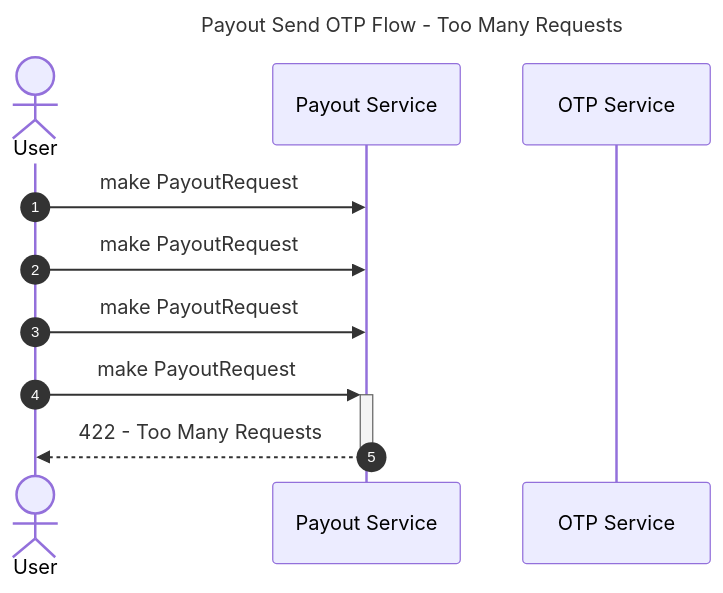
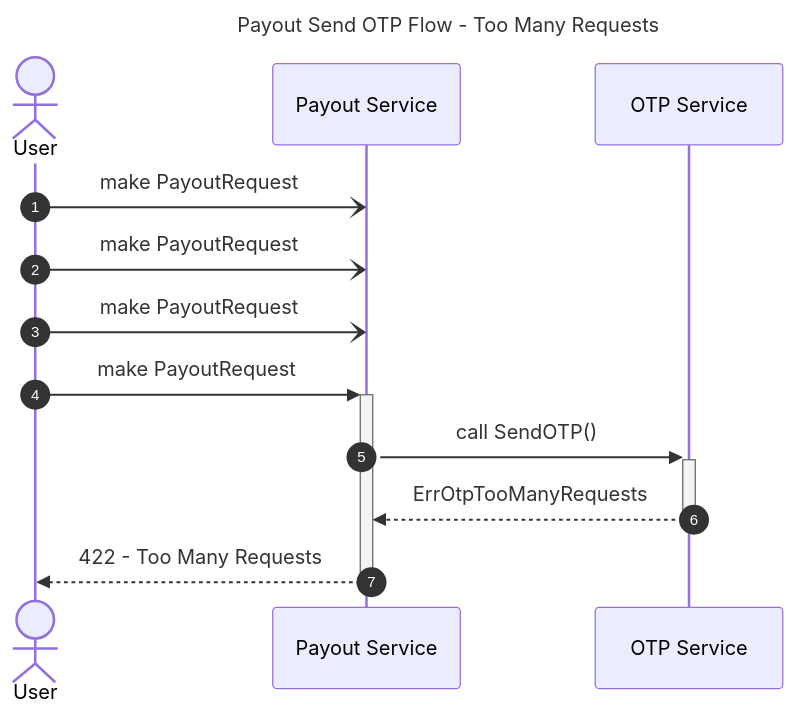
Before and after one commit to alextanhongpin/go-service-oriented-package: the third of 5 diagrams in app/otpsvc/README.md, drawn with Mermaid. The commit also changed other lines of this file and 1 other file, not shown here.

````diff
--- a/app/otpsvc/README.md
+++ b/app/otpsvc/README.md
@@ -80,18 +95,19 @@
 ```mermaid
 ---
 title: Payout Send OTP Flow - Too Many Requests
 ---
 sequenceDiagram
 	autonumber
 
 	actor p0 as User
 	participant svc0 as Payout Service
 	participant svc1 as OTP Service
 
-
-	p0 ->> svc0: make PayoutRequest
-	p0 ->> svc0: make PayoutRequest
-	p0 ->> svc0: make PayoutRequest
+	p0 -) svc0: make PayoutRequest
+	p0 -) svc0: make PayoutRequest
+	p0 -) svc0: make PayoutRequest
 	p0 ->>+ svc0: make PayoutRequest
+	svc0 ->>+ svc1: call SendOTP()
+	svc1 -->>- svc0: ErrOtpTooManyRequests
 	svc0 -->>- p0: 422 - Too Many Requests
 ```
````
